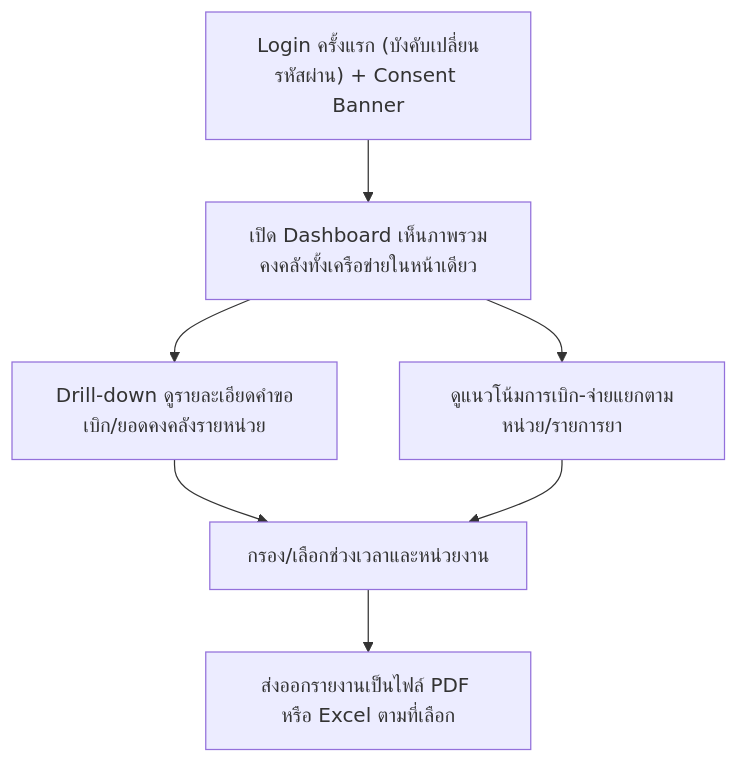
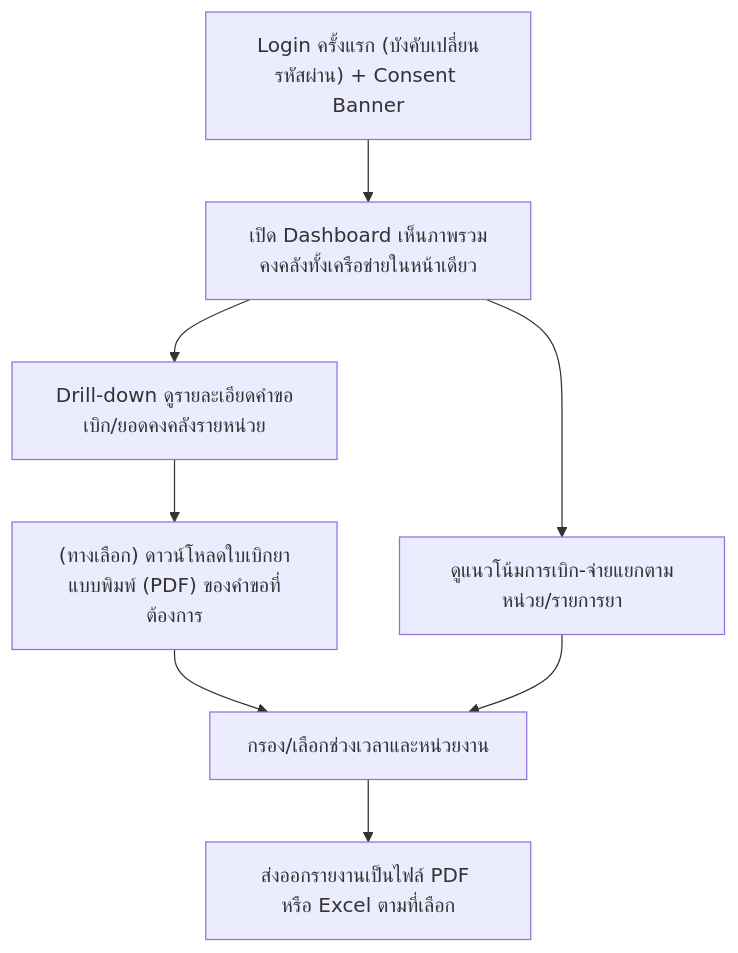
One commit to 6910127-warang/sync_smart changed the diagram in 01-requirements/03-user-journey/executive-journey.md. Above: the diagram before and after it, drawn with Mermaid. The commit also changed other lines of this file and 19 other files, not shown here.

````diff
--- a/01-requirements/03-user-journey/executive-journey.md
+++ b/01-requirements/03-user-journey/executive-journey.md
@@ -7,9 +7,10 @@
 ```mermaid
 flowchart TD
     A["Login ครั้งแรก (บังคับเปลี่ยนรหัสผ่าน) + Consent Banner"] --> B["เปิด Dashboard เห็นภาพรวมคงคลังทั้งเครือข่ายในหน้าเดียว"]
     B --> C["Drill-down ดูรายละเอียดคำขอเบิก/ยอดคงคลังรายหน่วย"]
     B --> D["ดูแนวโน้มการเบิก-จ่ายแยกตามหน่วย/รายการยา"]
-    C --> E["กรอง/เลือกช่วงเวลาและหน่วยงาน"]
+    C --> C2["(ทางเลือก) ดาวน์โหลดใบเบิกยาแบบพิมพ์ (PDF) ของคำขอที่ต้องการ"]
+    C2 --> E["กรอง/เลือกช่วงเวลาและหน่วยงาน"]
     D --> E
     E --> F["ส่งออกรายงานเป็นไฟล์ PDF หรือ Excel ตามที่เลือก"]
 ```
````
